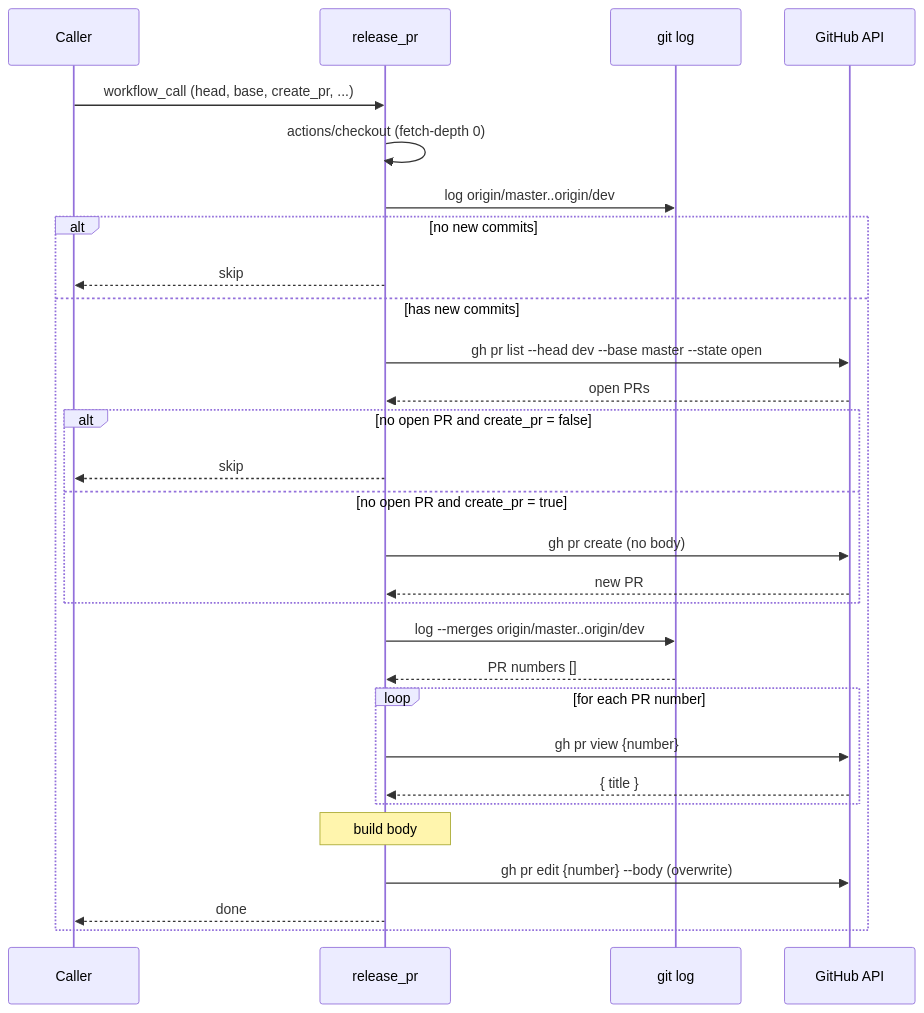
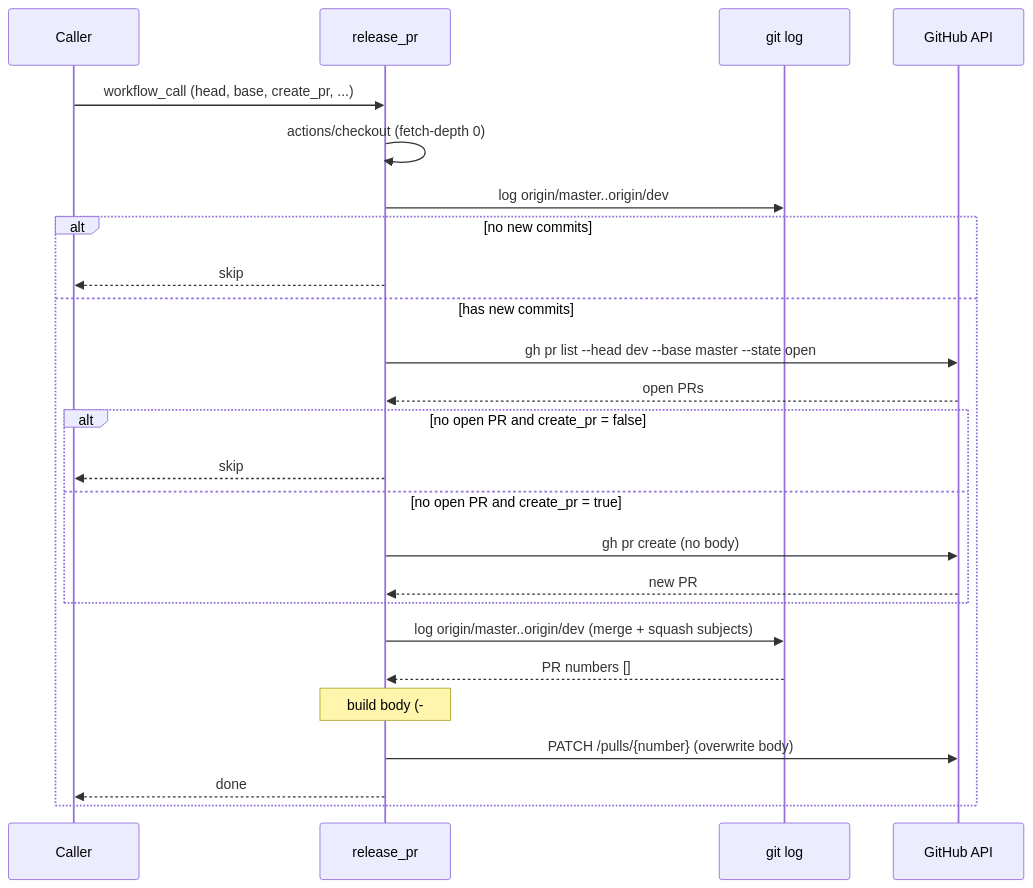
Before and after one commit to CoolBitX-Technology/cp-workflow-template: the second of 2 diagrams in docs/plans/2026-10-12-auto-create-release-pr.md, drawn with Mermaid. The commit also changed other lines of this file and 2 other files, not shown here.

````diff
--- a/docs/plans/2026-10-12-auto-create-release-pr.md
+++ b/docs/plans/2026-10-12-auto-create-release-pr.md
@@ -137,35 +136,31 @@
 ```mermaid
 sequenceDiagram
     participant Caller
     participant RW as release_pr
     participant Git as git log
     participant GH as GitHub API
 
     Caller->>RW: workflow_call (head, base, create_pr, ...)
     RW->>RW: actions/checkout (fetch-depth 0)
 
     RW->>Git: log origin/master..origin/dev
     alt no new commits
         RW-->>Caller: skip
     else has new commits
         RW->>GH: gh pr list --head dev --base master --state open
         GH-->>RW: open PRs
 
         alt no open PR and create_pr = false
             RW-->>Caller: skip
         else no open PR and create_pr = true
             RW->>GH: gh pr create (no body)
             GH-->>RW: new PR
         end
 
-        RW->>Git: log --merges origin/master..origin/dev
+        RW->>Git: log origin/master..origin/dev (merge + squash subjects)
         Git-->>RW: PR numbers []
-        loop for each PR number
-            RW->>GH: gh pr view {number}
-            GH-->>RW: { title }
-        end
-        Note over RW: build body
-        RW->>GH: gh pr edit {number} --body (overwrite)
+        Note over RW: build body (- #N per PR)
+        RW->>GH: PATCH /pulls/{number} (overwrite body)
         RW-->>Caller: done
     end
 ```
````
